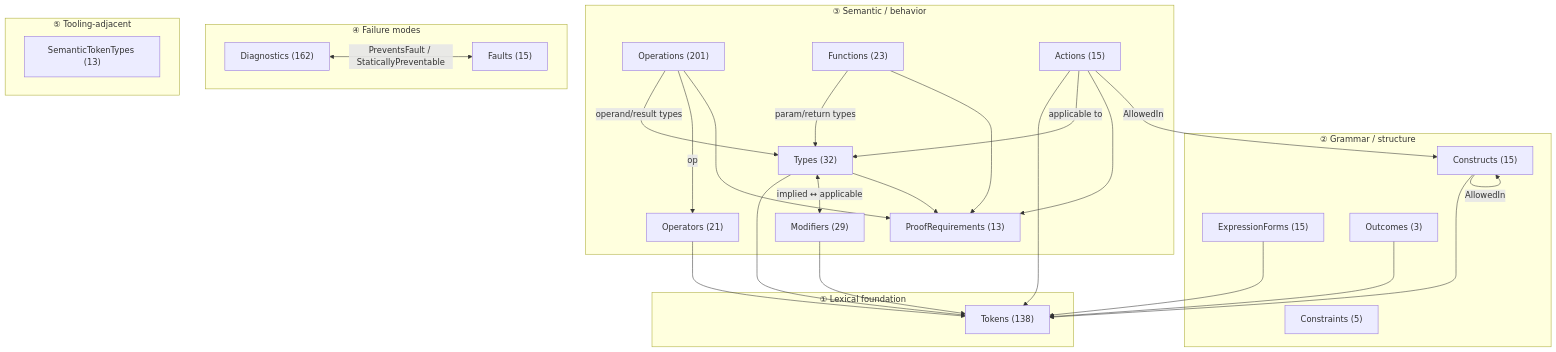
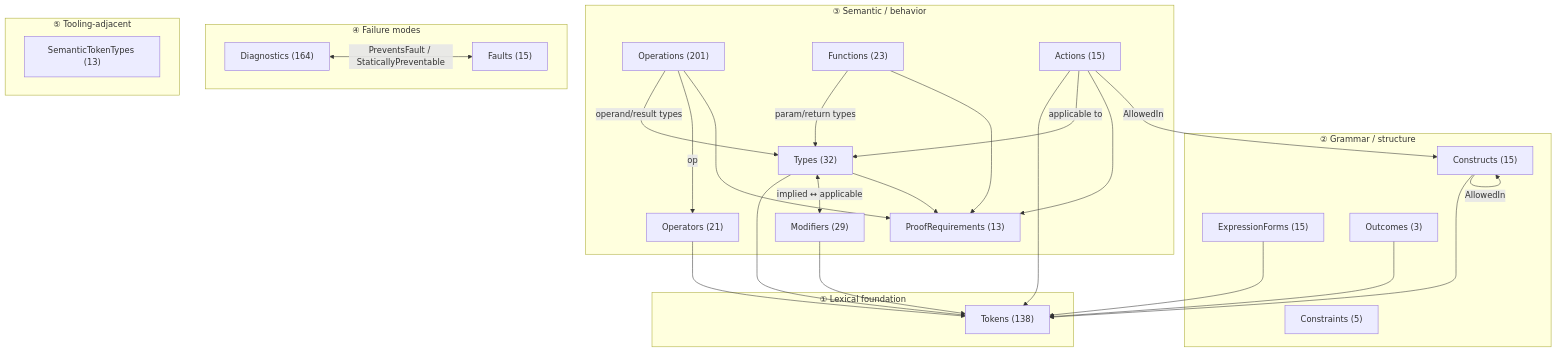
One commit to sfalik/Precept changed the first of 6 diagrams in docs/language/catalog-system.md. Above: the diagram before and after it, drawn with Mermaid. The commit also changed 9 other files, not shown here.

````diff
--- a/docs/language/catalog-system.md
+++ b/docs/language/catalog-system.md
@@ -264,61 +264,61 @@
 ```mermaid
 flowchart TB
     subgraph L1["① Lexical foundation"]
         Tokens["Tokens (138)"]
     end
 
     subgraph L2["② Grammar / structure"]
         Constructs["Constructs (15)"]
         ExpressionForms["ExpressionForms (15)"]
         Outcomes["Outcomes (3)"]
         Constraints["Constraints (5)"]
     end
 
     subgraph L3["③ Semantic / behavior"]
         Types["Types (32)"]
         Operators["Operators (21)"]
         Operations["Operations (201)"]
         Functions["Functions (23)"]
         Modifiers["Modifiers (29)"]
         Actions["Actions (15)"]
         ProofRequirements["ProofRequirements (13)"]
     end
 
     subgraph L4["④ Failure modes"]
-        Diagnostics["Diagnostics (162)"]
+        Diagnostics["Diagnostics (164)"]
         Faults["Faults (15)"]
     end
 
     subgraph L5["⑤ Tooling-adjacent"]
         SemanticTokenTypes["SemanticTokenTypes (13)"]
     end
 
     %% Seven catalogs anchor to Tokens
     Types       --> Tokens
     Operators   --> Tokens
     Modifiers   --> Tokens
     Actions     --> Tokens
     Constructs  --> Tokens
     ExpressionForms --> Tokens
     Outcomes    --> Tokens
 
     %% Semantic wiring
     Functions  -->|param/return types| Types
     Operations -->|operand/result types| Types
     Operations -->|op| Operators
     Actions    -->|applicable to| Types
     Types     <-->|"implied ↔ applicable"| Modifiers
 
     %% Proof obligations
     Types      --> ProofRequirements
     Functions  --> ProofRequirements
     Operations --> ProofRequirements
     Actions    --> ProofRequirements
 
     %% Grammar nesting
     Actions    -->|AllowedIn| Constructs
     Constructs -->|AllowedIn| Constructs
 
     %% Failure link
     Diagnostics <-->|"PreventsFault / StaticallyPreventable"| Faults
 ```
````
